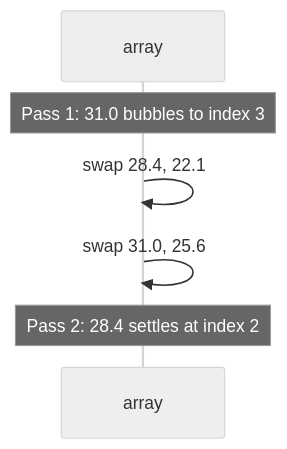
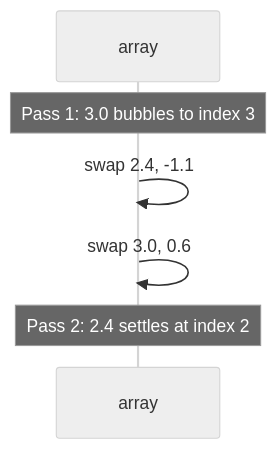
Before and after one commit to qgjones9/python-programming-guide: the second of 2 diagrams in docs/dsa/algorithms/bubble-sort/index.md, drawn with Mermaid (neutral theme). The commit also changed other lines of this file and 29 other files, not shown here.

````diff
--- a/docs/dsa/algorithms/bubble-sort/index.md
+++ b/docs/dsa/algorithms/bubble-sort/index.md
@@ -192,8 +191,8 @@
 ```mermaid
 sequenceDiagram
   participant A as array
-  Note over A: Pass 1: 31.0 bubbles to index 3
-  A->>A: swap 28.4, 22.1
-  A->>A: swap 31.0, 25.6
-  Note over A: Pass 2: 28.4 settles at index 2
+  Note over A: Pass 1: 3.0 bubbles to index 3
+  A->>A: swap 2.4, -1.1
+  A->>A: swap 3.0, 0.6
+  Note over A: Pass 2: 2.4 settles at index 2
 ```
````
